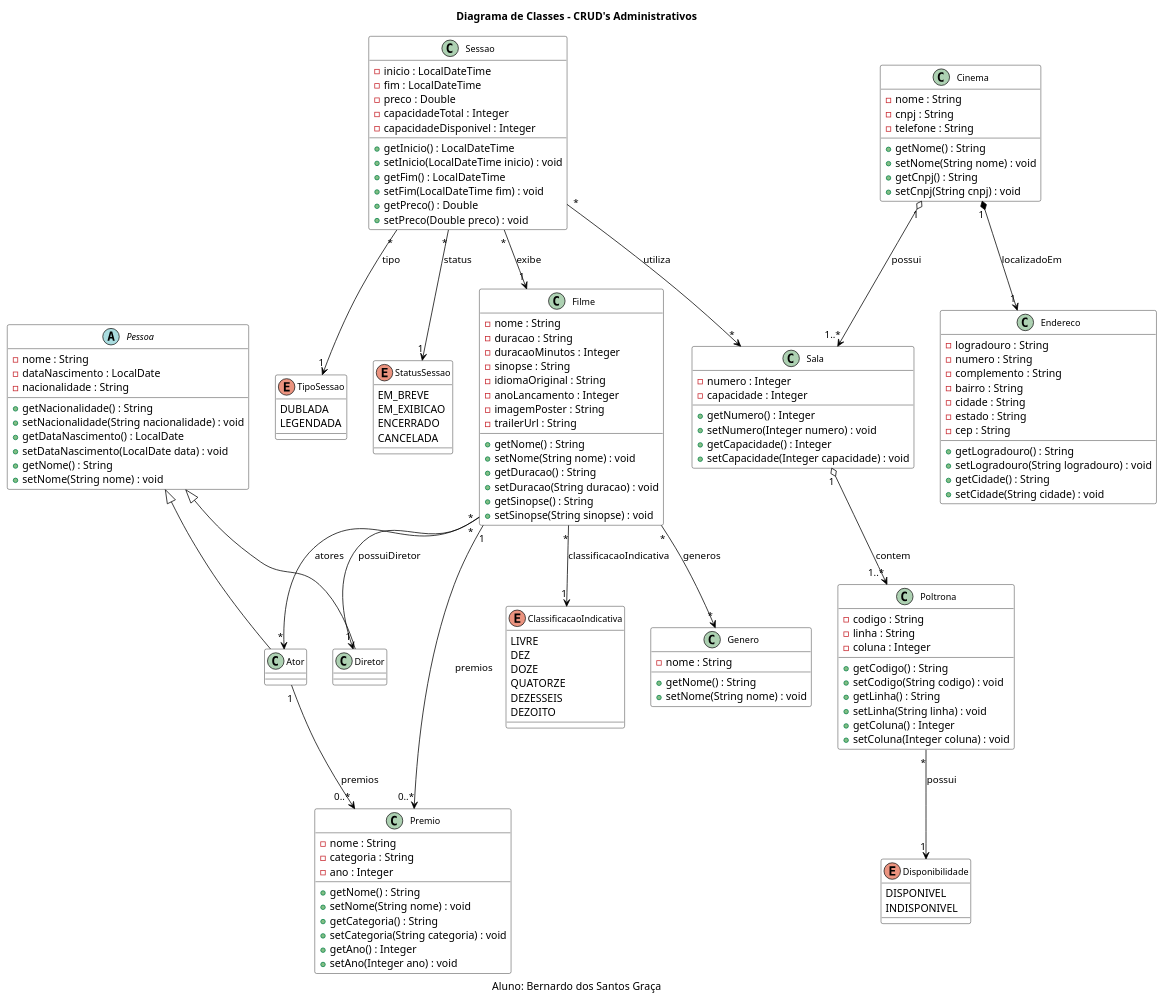
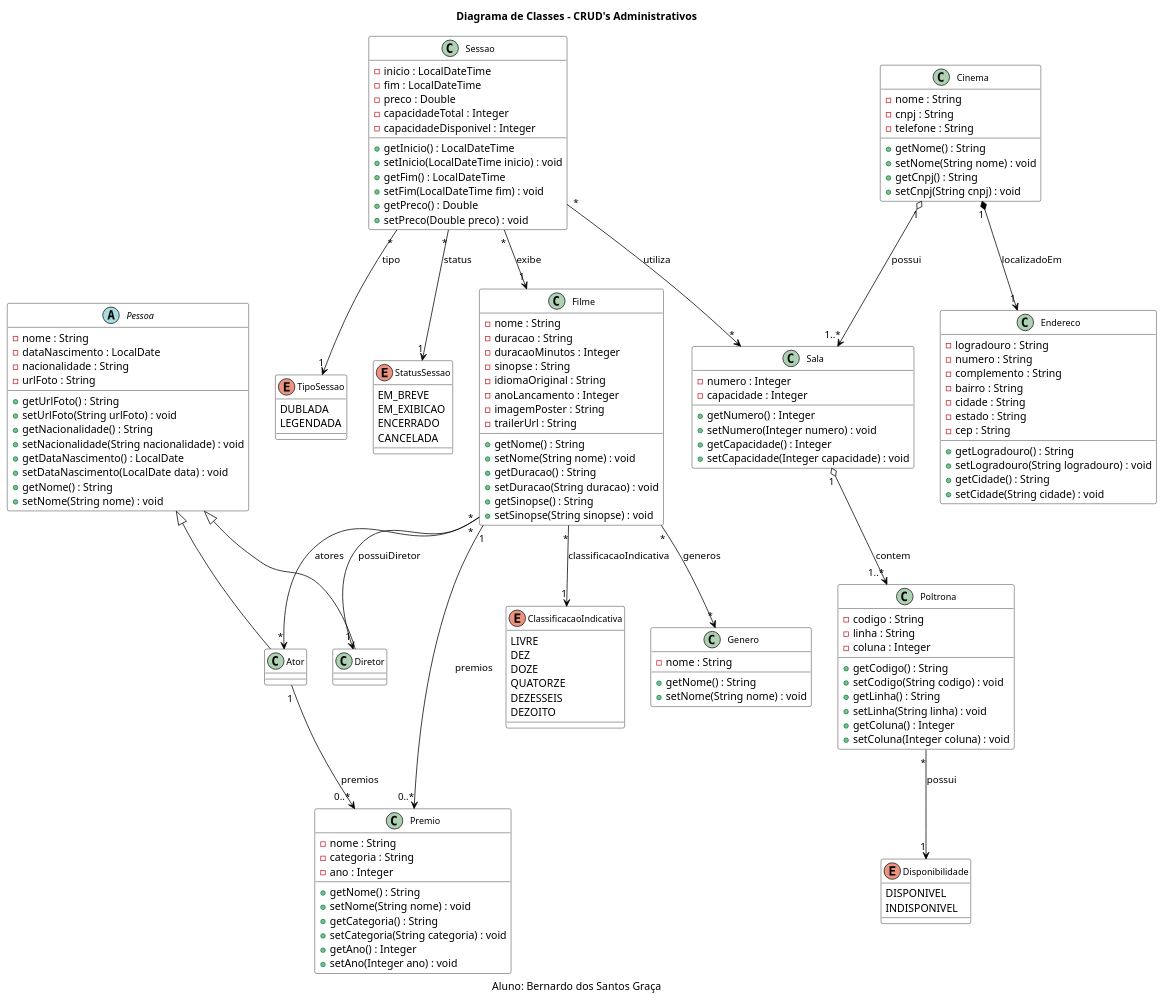
Before and after one commit to bernardoDSG/newsvi-tp1-api: the diagram in src/main/java/br/unitins/documentation/diagramaClassesAdmin.puml, drawn with PlantUML. The commit also changed 37 other files, not shown here.

```diff
--- a/src/main/java/br/unitins/documentation/diagramaClassesAdmin.puml
+++ b/src/main/java/br/unitins/documentation/diagramaClassesAdmin.puml
@@ -1,188 +1,191 @@
 @startuml diagramaClassesAdmin
 title Diagrama de Classes - CRUD's Administrativos
 caption Aluno: Bernardo dos Santos Graça
 
 ' ==================== CONFIGURAÇÕES ====================
 skinparam class {
     BackgroundColor White
     BorderColor Black
     ArrowColor Black
     FontSize 12
 }
 
 ' ==================== HERANÇA ====================
 abstract class Pessoa {
     - nome : String
     - dataNascimento : LocalDate
     - nacionalidade : String
+    - urlFoto : String
+    + getUrlFoto() : String
+    + setUrlFoto(String urlFoto) : void
     + getNacionalidade() : String
     + setNacionalidade(String nacionalidade) : void
     + getDataNascimento() : LocalDate
     + setDataNascimento(LocalDate data) : void
     + getNome() : String
     + setNome(String nome) : void
 }
 
 ' Herança: Ator e Diretor são especializações de Pessoa
 Ator -up-|> Pessoa
 Diretor -up-|> Pessoa
 
 ' ==================== CLASSES PRINCIPAIS ====================
 
 class Ator {
 }
 
 class Diretor {
 }
 
 class Filme {
     - nome : String
     - duracao : String
     - duracaoMinutos : Integer
     - sinopse : String
     - idiomaOriginal : String
     - anoLancamento : Integer
     - imagemPoster : String
     - trailerUrl : String
     + getNome() : String
     + setNome(String nome) : void
     + getDuracao() : String
     + setDuracao(String duracao) : void
     + getSinopse() : String
     + setSinopse(String sinopse) : void
 }
 
 class Genero {
     - nome : String
     + getNome() : String
     + setNome(String nome) : void
 }
 
 class Premio {
     - nome : String
     - categoria : String
     - ano : Integer
     + getNome() : String
     + setNome(String nome) : void
     + getCategoria() : String
     + setCategoria(String categoria) : void
     + getAno() : Integer
     + setAno(Integer ano) : void
 }
 
 class Sala {
     - numero : Integer
     - capacidade : Integer
     + getNumero() : Integer
     + setNumero(Integer numero) : void
     + getCapacidade() : Integer
     + setCapacidade(Integer capacidade) : void
 }
 
 class Poltrona {
     - codigo : String
     - linha : String
     - coluna : Integer
     + getCodigo() : String
     + setCodigo(String codigo) : void
     + getLinha() : String
     + setLinha(String linha) : void
     + getColuna() : Integer
     + setColuna(Integer coluna) : void
 }
 
 class Sessao {
     - inicio : LocalDateTime
     - fim : LocalDateTime
     - preco : Double
     - capacidadeTotal : Integer
     - capacidadeDisponivel : Integer
     + getInicio() : LocalDateTime
     + setInicio(LocalDateTime inicio) : void
     + getFim() : LocalDateTime
     + setFim(LocalDateTime fim) : void
     + getPreco() : Double
     + setPreco(Double preco) : void
 }
 
 class Cinema {
     - nome : String
     - cnpj : String
     - telefone : String
     + getNome() : String
     + setNome(String nome) : void
     + getCnpj() : String
     + setCnpj(String cnpj) : void
 }
 
 class Endereco {
     - logradouro : String
     - numero : String
     - complemento : String
     - bairro : String
     - cidade : String
     - estado : String
     - cep : String
     + getLogradouro() : String
     + setLogradouro(String logradouro) : void
     + getCidade() : String
     + setCidade(String cidade) : void
 }
 
 ' ==================== ENUMS ====================
 
 enum Disponibilidade {
     DISPONIVEL
     INDISPONIVEL
 }
 
 enum TipoSessao {
     DUBLADA
     LEGENDADA
 }
 
 enum ClassificacaoIndicativa {
     LIVRE
     DEZ
     DOZE
     QUATORZE
     DEZESSEIS
     DEZOITO
 }
 
 enum StatusSessao {
     EM_BREVE
     EM_EXIBICAO
     ENCERRADO
     CANCELADA
 }
 
 ' ==================== RELACIONAMENTOS UNIDIRECIONAIS ====================
 
 ' -------------------- ASSOCIAÇÃO UNIDIRECIONAL --------------------
 ' CORRIGIDO: Filme -> Diretor (Filme conhece seu diretor)
 Filme "*" --> "1" Diretor : possuiDiretor
 
 ' -------------------- AGREGAÇÃO UNIDIRECIONAL --------------------
 Cinema "1" o--> "1..*" Sala : possui
 Sala "1" o--> "1..*" Poltrona : contem
 
 ' -------------------- COMPOSIÇÃO UNIDIRECIONAL --------------------
 Cinema "1" *--> "1" Endereco : localizadoEm
 
 ' -------------------- ASSOCIAÇÕES UNIDIRECIONAIS --------------------
 Filme "*" --> "*" Ator : atores
 Filme "*" --> "*" Genero : generos
 Filme "1" --> "0..*" Premio : premios
 Filme "*" --> "1" ClassificacaoIndicativa : classificacaoIndicativa
 
 Ator "1" --> "0..*" Premio : premios
 
 Sessao "*" --> "1" TipoSessao : tipo
 Sessao "*" --> "1" StatusSessao : status
 Sessao "*" --> "1" Filme : exibe
 Sessao "*" --> "*" Sala : utiliza
 
 Poltrona "*" --> "1" Disponibilidade : possui
 
 @enduml
```
